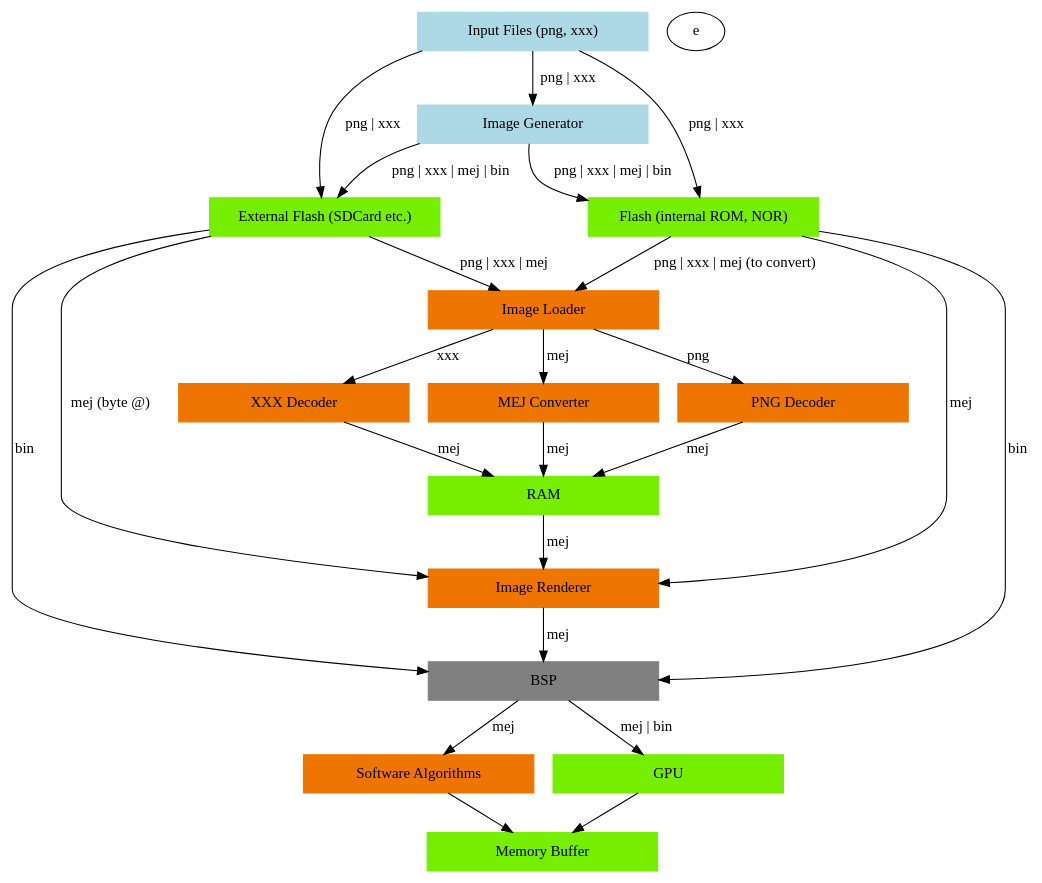
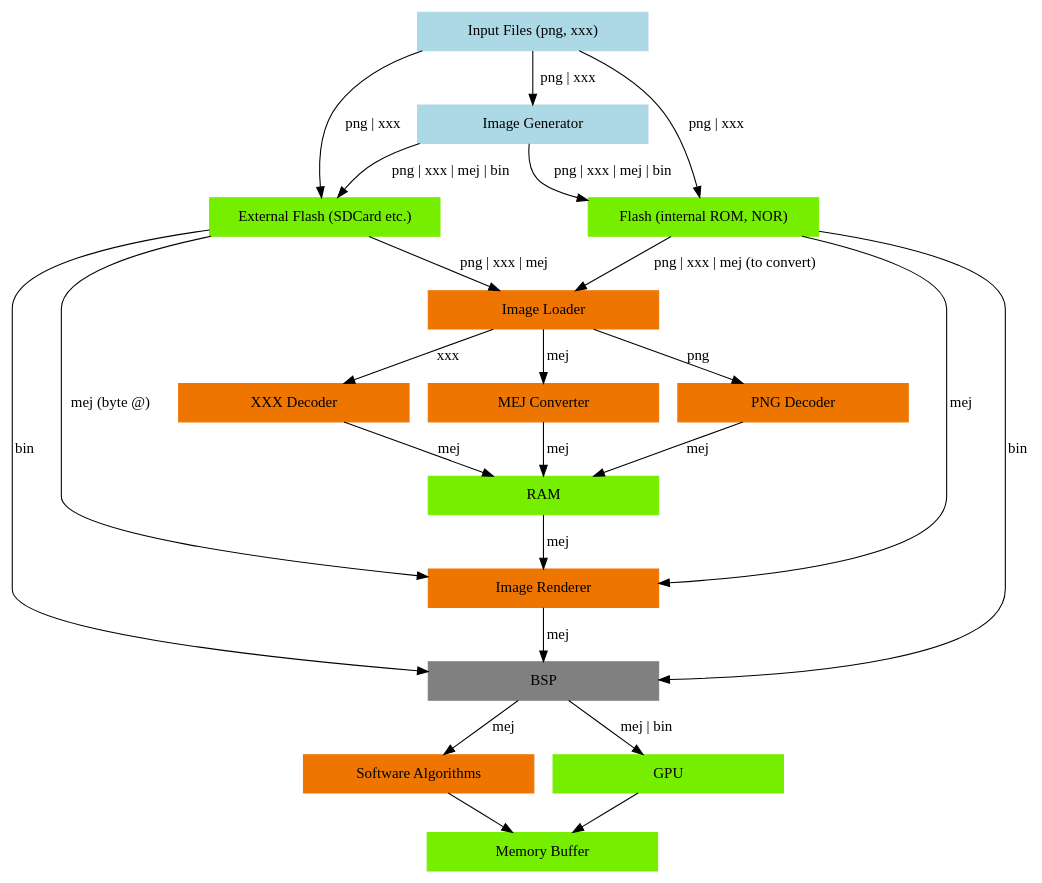
Before and after one commit to gbalan-microej/docs: the diagram in PlatformDeveloperGuide/uiImageOverview.rst, drawn with Graphviz. The commit also changed other lines of this file and 3 other files, not shown here.

```diff
--- a/PlatformDeveloperGuide/uiImageOverview.rst
+++ b/PlatformDeveloperGuide/uiImageOverview.rst
@@ -34,67 +33,67 @@
 .. graphviz::
 
    digraph {
          
       { 
          node [shape=rect color="lightblue" style="filled" fixedsize=true width=3]
          input generator
       }
          
       { 
          node [shape=rect color="darkorange2" style="filled" fixedsize=true width=3]
          loader png xxx app algo convert
       }
       
       { 
          node [shape=rect color="chartreuse2" style="filled" fixedsize=true width=3]
          rom ram ext hard gpu
       }
       
       { 
          node [shape=rect color="gray" style="filled" ffixedsize=true width=3]
          bsp
       }
-      e
+      
       {
          input [label="Input Files (png, xxx)"]
          generator [label="Image Generator"]
          loader [label="Image Loader"]
          rom [label="Flash (internal ROM, NOR)"]
          ext [label="External Flash (SDCard etc.)"]
          ram [label="RAM"]
          app [label="Image Renderer"]
          bsp [label="BSP"]
          png [label="PNG Decoder"]
          xxx [label="XXX Decoder"]
          convert [label="MEJ Converter"]
          gpu [label="GPU"]
          algo [label="Software Algorithms"]
          hard  [label="Memory Buffer"]
       }         
                
       input -> {rom ext generator} [ label = "png | xxx"]
       
       generator ->  {rom ext} [label = "png | xxx | mej | bin"]
       
       loader ->  png [label = "png"]
       loader ->  xxx [label = "xxx"]
       loader ->  convert [label = "mej"]
       {png xxx convert} ->  ram [label = "mej"]
       
       app -> bsp  [label = "mej"]
       
       rom ->  bsp [label = "bin"]
       rom ->  loader [label = "png | xxx | mej (to convert)"]
       rom -> app [label = "mej"]
       ram -> app [label = "mej"]
       
       bsp -> gpu  [label = "mej | bin"]
       bsp -> algo  [label = "mej"]
       
       ext ->  loader [label = "png | xxx | mej"]
       ext ->  bsp [label = "bin"]
       ext ->  app [label = "mej (byte @)"]
       
       gpu -> hard  [label = ""]
       algo -> hard  [label = ""]
    }
```
